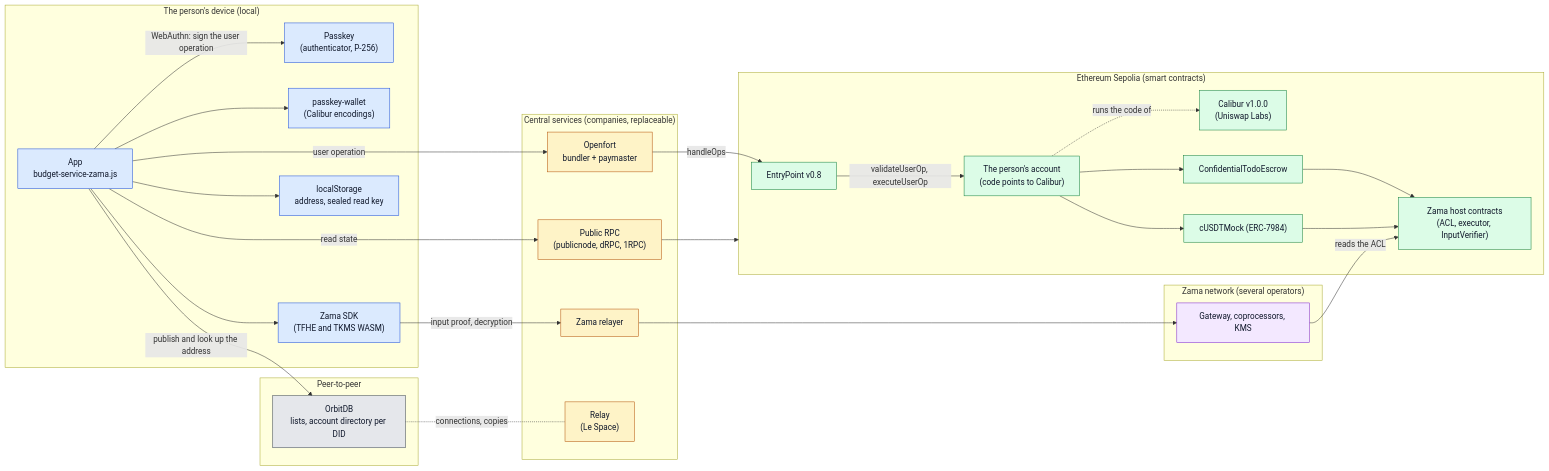
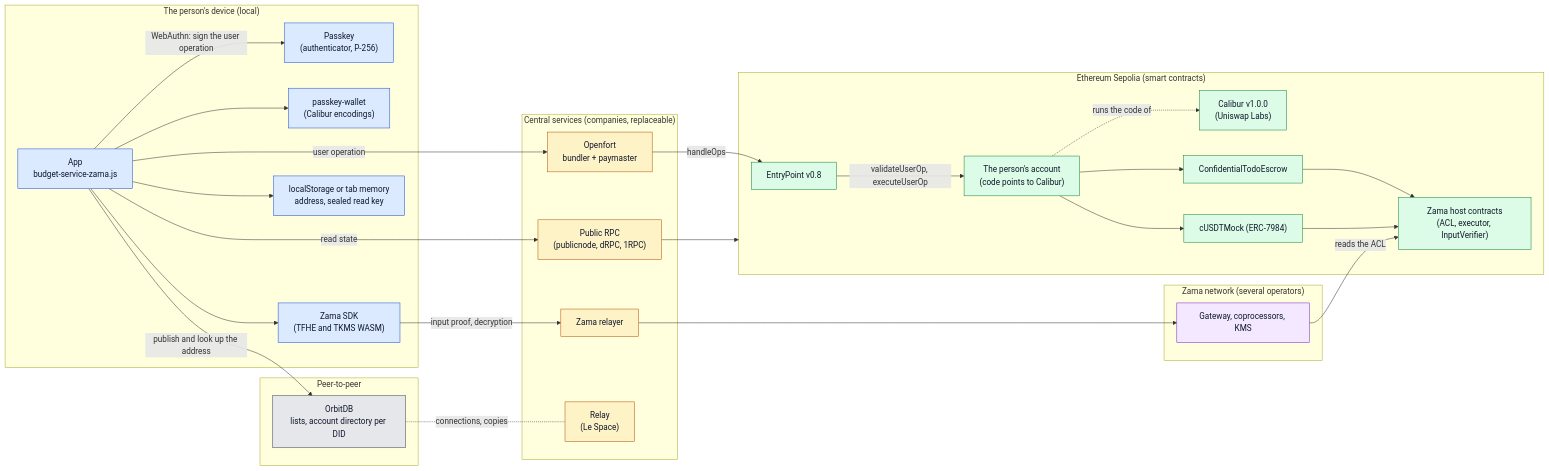
The first of 7 diagrams in apps/escrow01/docs/passkey-account.md (Le-Space/simple-todo), drawn with Mermaid before and after one commit. The commit also changed other lines of this file and 27 other files, not shown here.

````diff
--- a/apps/escrow01/docs/passkey-account.md
+++ b/apps/escrow01/docs/passkey-account.md
@@ -62,61 +62,61 @@
 ```mermaid
 flowchart LR
   subgraph Device["The person's device (local)"]
     Authenticator["Passkey<br/>(authenticator, P-256)"]
     App["App<br/>budget-service-zama.js"]
     Wallet["passkey-wallet<br/>(Calibur encodings)"]
     SDK["Zama SDK<br/>(TFHE and TKMS WASM)"]
-    Store["localStorage<br/>address, sealed read key"]
+    Store["localStorage or tab memory<br/>address, sealed read key"]
   end
   subgraph Central["Central services (companies, replaceable)"]
     Openfort["Openfort<br/>bundler + paymaster"]
     RPC["Public RPC<br/>(publicnode, dRPC, 1RPC)"]
     Relayer["Zama relayer"]
     Relay["Relay<br/>(Le Space)"]
   end
   subgraph Sepolia["Ethereum Sepolia (smart contracts)"]
     EP["EntryPoint v0.8"]
     Account["The person's account<br/>(code points to Calibur)"]
     Calibur["Calibur v1.0.0<br/>(Uniswap Labs)"]
     Escrow["ConfidentialTodoEscrow"]
     Token["cUSDTMock (ERC-7984)"]
     Host["Zama host contracts<br/>(ACL, executor, InputVerifier)"]
   end
   subgraph ZamaNet["Zama network (several operators)"]
     Gateway["Gateway, coprocessors, KMS"]
   end
   subgraph P2P["Peer-to-peer"]
     OrbitDB["OrbitDB<br/>lists, account directory per DID"]
   end
 
   App -- "WebAuthn: sign the user operation" --> Authenticator
   App --> Wallet
   App --> SDK
   App --> Store
   App -- "user operation" --> Openfort
   App -- "read state" --> RPC
   RPC --> Sepolia
   Openfort -- "handleOps" --> EP
   EP -- "validateUserOp, executeUserOp" --> Account
   Account -. "runs the code of" .-> Calibur
   Account --> Escrow
   Account --> Token
   Escrow --> Host
   Token --> Host
   SDK -- "input proof, decryption" --> Relayer
   Relayer --> Gateway
   Gateway -- "reads the ACL" --> Host
   App -- "publish and look up the address" --> OrbitDB
   OrbitDB -. "connections, copies" .- Relay
 
   classDef local fill:#dbeafe,stroke:#1d4ed8,color:#0f172a
   classDef central fill:#fef3c7,stroke:#b45309,color:#0f172a
   classDef chain fill:#dcfce7,stroke:#15803d,color:#0f172a
   classDef network fill:#f3e8ff,stroke:#7e22ce,color:#0f172a
   classDef p2p fill:#e5e7eb,stroke:#374151,color:#0f172a
   class Authenticator,App,Wallet,SDK,Store local
   class Openfort,RPC,Relayer,Relay central
   class EP,Account,Calibur,Escrow,Token,Host chain
   class Gateway network
   class OrbitDB p2p
 ```
````
